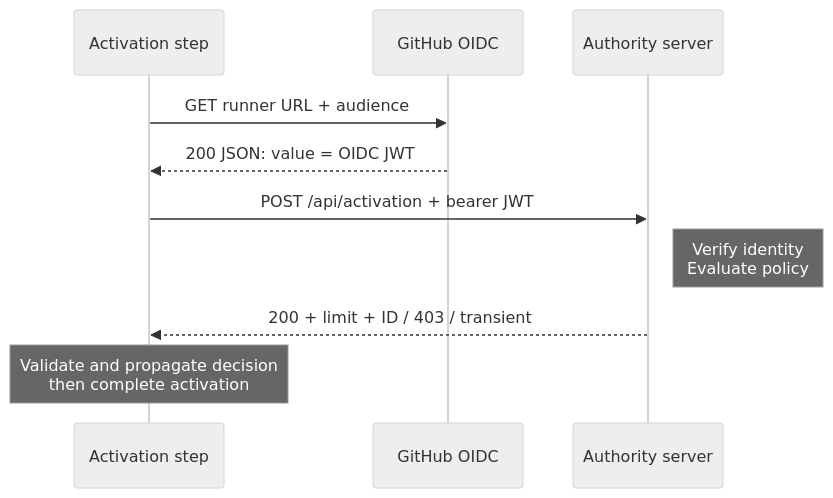
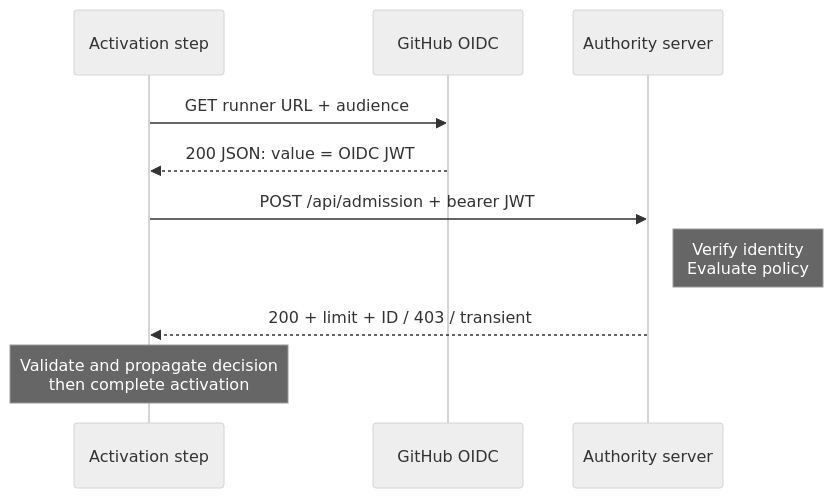
Before and after one commit to githubnext/gh-aw: the second of 5 diagrams in docs/src/content/docs/specs/admission-service-specification.md, drawn with Mermaid (neutral theme). The commit also changed other lines of this file and 1 other file, not shown here.

First line of the commit message:
docs: rename admission endpoint and require live OIDC tokens

````diff
--- a/docs/src/content/docs/specs/admission-service-specification.md
+++ b/docs/src/content/docs/specs/admission-service-specification.md
@@ -99,13 +99,13 @@
 ```mermaid
 sequenceDiagram
     participant A as Activation step
     participant G as GitHub OIDC
     participant S as Authority server
 
     A->>G: GET runner URL + audience
     G-->>A: 200 JSON: value = OIDC JWT
-    A->>S: POST /api/activation + bearer JWT
+    A->>S: POST /api/admission + bearer JWT
     Note right of S: Verify identity<br/>Evaluate policy
     S-->>A: 200 + limit + ID / 403 / transient
     Note over A: Validate and propagate decision<br/>then complete activation
 ```
````
